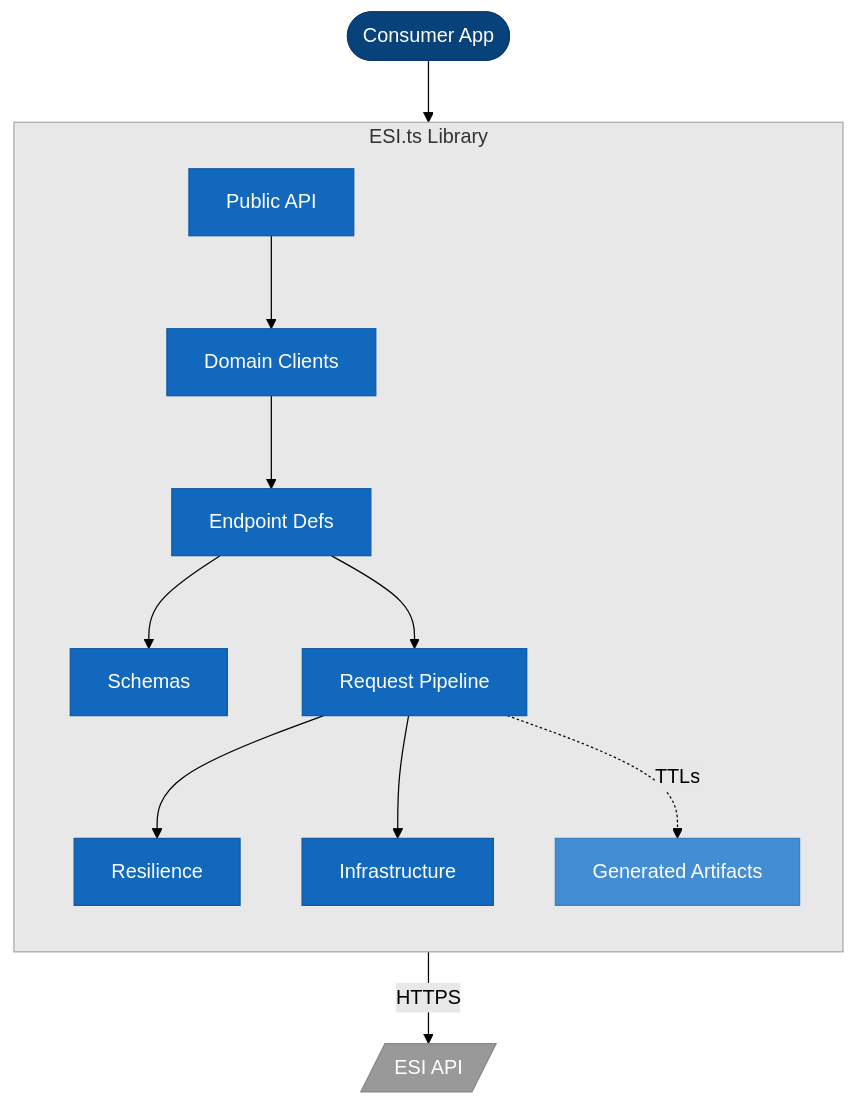
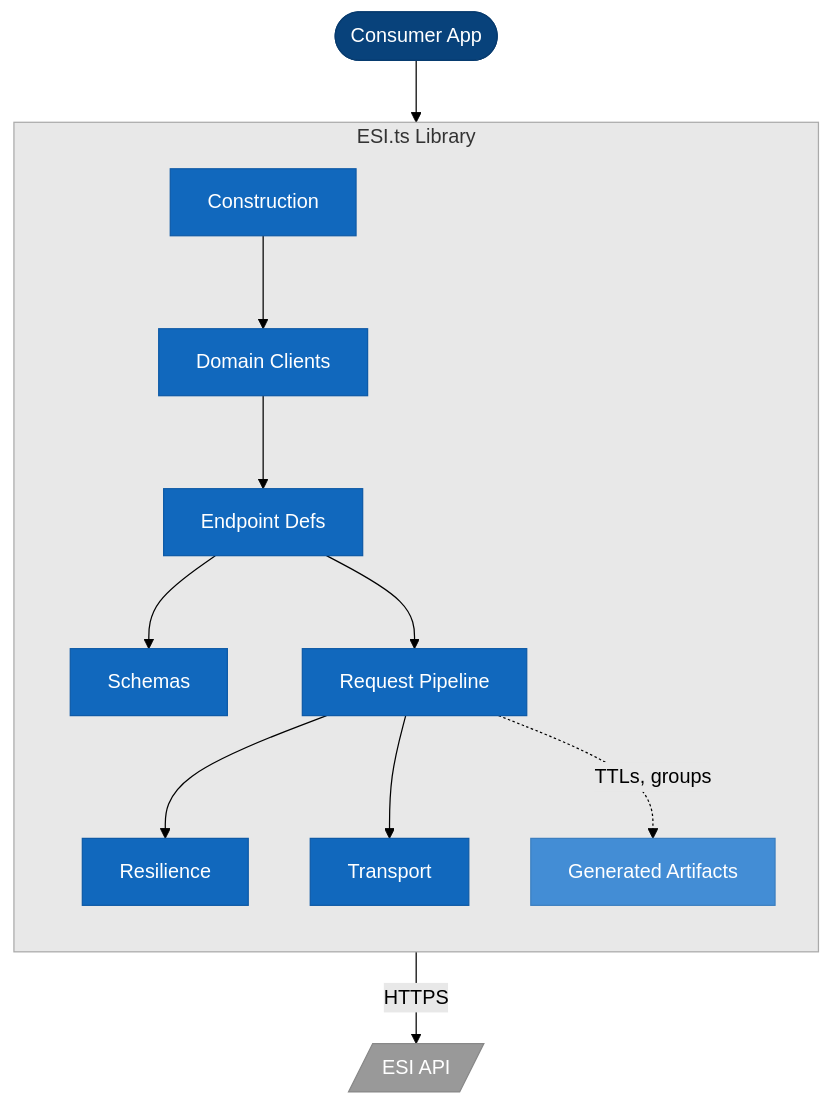
Before and after one commit to lgriffin/ESI.ts: the second of 14 diagrams in guides/ARCHITECTURE.md, drawn with Mermaid (forest theme). The commit also changed other lines of this file and 17 other files, not shown here.

First line of the commit message:
docs(guides): write the charter guides and retire docs/

````diff
--- a/guides/ARCHITECTURE.md
+++ b/guides/ARCHITECTURE.md
@@ -57,40 +78,40 @@
 ```mermaid
 flowchart TB
     consumer(["Consumer App"])
 
     subgraph esits ["ESI.ts Library"]
         direction TB
-        publicApi["Public API"]
+        publicApi["Construction"]
         domainClients["Domain Clients"]
         endpointDefs["Endpoint Defs"]
         schemas["Schemas"]
         pipeline["Request Pipeline"]
         resilience["Resilience"]
-        infra["Infrastructure"]
+        transport["Transport"]
         generated["Generated Artifacts"]
     end
 
     esi[/"ESI API"/]
 
     consumer --> publicApi
     publicApi --> domainClients
     domainClients --> endpointDefs
     endpointDefs --> schemas
     endpointDefs --> pipeline
     pipeline --> resilience
-    pipeline --> infra
-    pipeline -. "TTLs" .-> generated
-    infra -- "HTTPS" --> esi
+    pipeline --> transport
+    pipeline -. "TTLs, groups" .-> generated
+    transport -- "HTTPS" --> esi
 
     style consumer fill:#08427b,color:#fff,stroke:#073b6f
     style publicApi fill:#1168bd,color:#fff,stroke:#0e5aa7
     style domainClients fill:#1168bd,color:#fff,stroke:#0e5aa7
     style endpointDefs fill:#1168bd,color:#fff,stroke:#0e5aa7
     style schemas fill:#1168bd,color:#fff,stroke:#0e5aa7
     style pipeline fill:#1168bd,color:#fff,stroke:#0e5aa7
     style resilience fill:#1168bd,color:#fff,stroke:#0e5aa7
-    style infra fill:#1168bd,color:#fff,stroke:#0e5aa7
+    style transport fill:#1168bd,color:#fff,stroke:#0e5aa7
     style generated fill:#438dd5,color:#fff,stroke:#3c7fc0
     style esi fill:#999,color:#fff,stroke:#888
     style esits fill:#e8e8e8,stroke:#aaa
 ```
````
